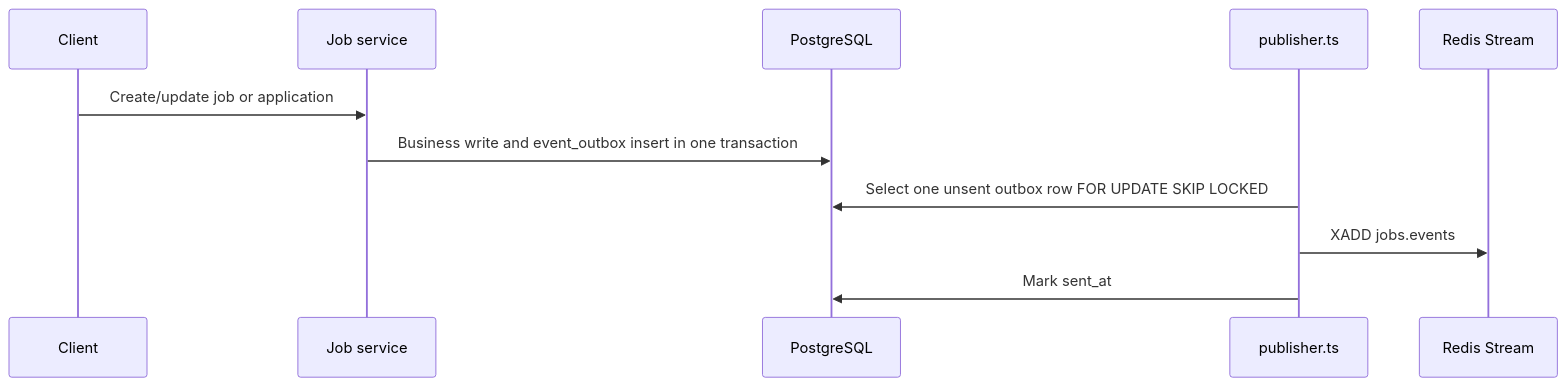
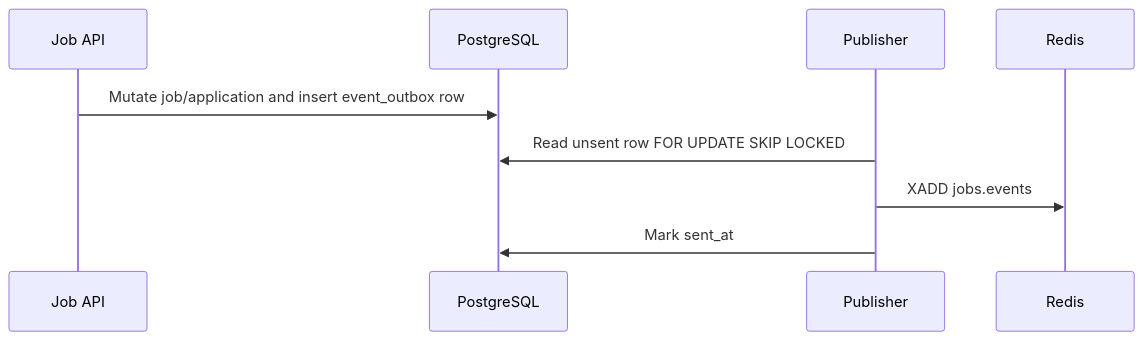
The seventh of 7 diagrams in ARCHITECTURE.md (zgid123/master-project-advanced-database), drawn with Mermaid before and after one commit. The commit also changed other lines of this file and 11 other files, not shown here.

````diff
--- a/ARCHITECTURE.md
+++ b/ARCHITECTURE.md
@@ -386,14 +540,12 @@
 ```mermaid
 sequenceDiagram
-  participant Client
-  participant Job as Job service
+  participant API as Job API
   participant Pg as PostgreSQL
-  participant Pub as publisher.ts
-  participant Redis as Redis Stream
+  participant Publisher
+  participant Redis
 
-  Client->>Job: Create/update job or application
-  Job->>Pg: Business write and event_outbox insert in one transaction
-  Pub->>Pg: Select one unsent outbox row FOR UPDATE SKIP LOCKED
-  Pub->>Redis: XADD jobs.events
-  Pub->>Pg: Mark sent_at
+  API->>Pg: Mutate job/application and insert event_outbox row
+  Publisher->>Pg: Read unsent row FOR UPDATE SKIP LOCKED
+  Publisher->>Redis: XADD jobs.events
+  Publisher->>Pg: Mark sent_at
 ```
````
